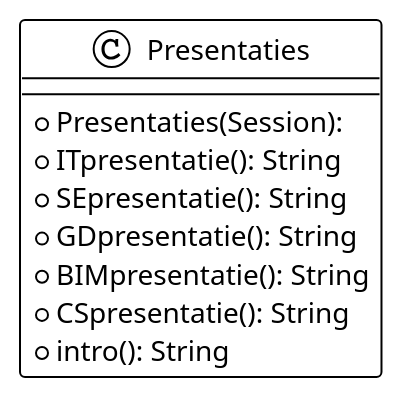
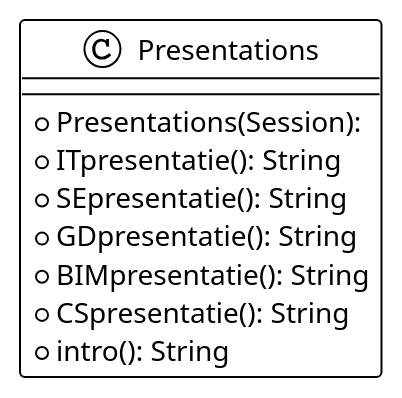
Before and after one commit to Grittie/PAD-7: the diagram in docs/javaClasses/Presentations.md, drawn with PlantUML. The commit also changed 8 other files, not shown here.

````diff
--- a/docs/javaClasses/Presentations.md
+++ b/docs/javaClasses/Presentations.md
@@ -8,19 +8,19 @@
 ```puml
 @startuml
 
 !theme plain
 top to bottom direction
 skinparam linetype ortho
 
-class Presentaties {
-+ Presentaties(Session):
+class Presentations {
++ Presentations(Session):
 + ITpresentatie(): String
 + SEpresentatie(): String
 + GDpresentatie(): String
 + BIMpresentatie(): String
 + CSpresentatie(): String
 + intro(): String
   }
 
 @enduml
 ```
````
